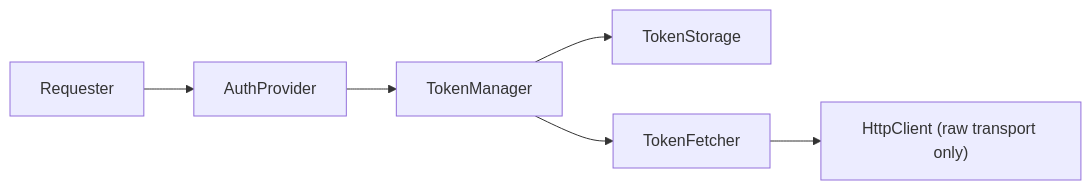
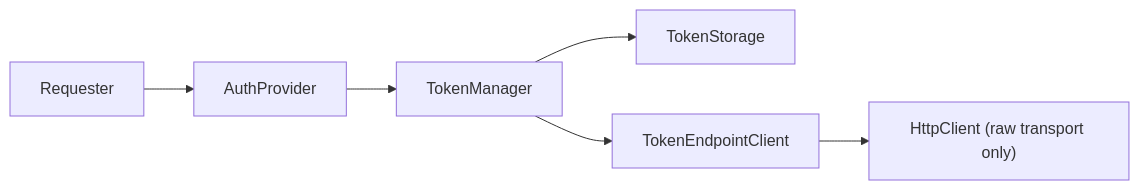
One commit to a129924/mlops-async changed the third of 4 diagrams in docs/standards/http-client-auth-boundary.md. Above: the diagram before and after it, drawn with Mermaid. The commit also changed other lines of this file and 2 other files, not shown here.

````diff
--- a/docs/standards/http-client-auth-boundary.md
+++ b/docs/standards/http-client-auth-boundary.md
@@ -38,8 +77,8 @@
 ```mermaid
 flowchart LR
     Requester["Requester"] --> AuthProvider["AuthProvider"]
     AuthProvider --> TokenManager["TokenManager"]
     TokenManager --> TokenStorage["TokenStorage"]
-    TokenManager --> TokenFetcher["TokenFetcher"]
-    TokenFetcher --> RawHttpClient["HttpClient (raw transport only)"]
+    TokenManager --> TokenEndpointClient["TokenEndpointClient"]
+    TokenEndpointClient --> HttpClient["HttpClient (raw transport only)"]
 ```
````
